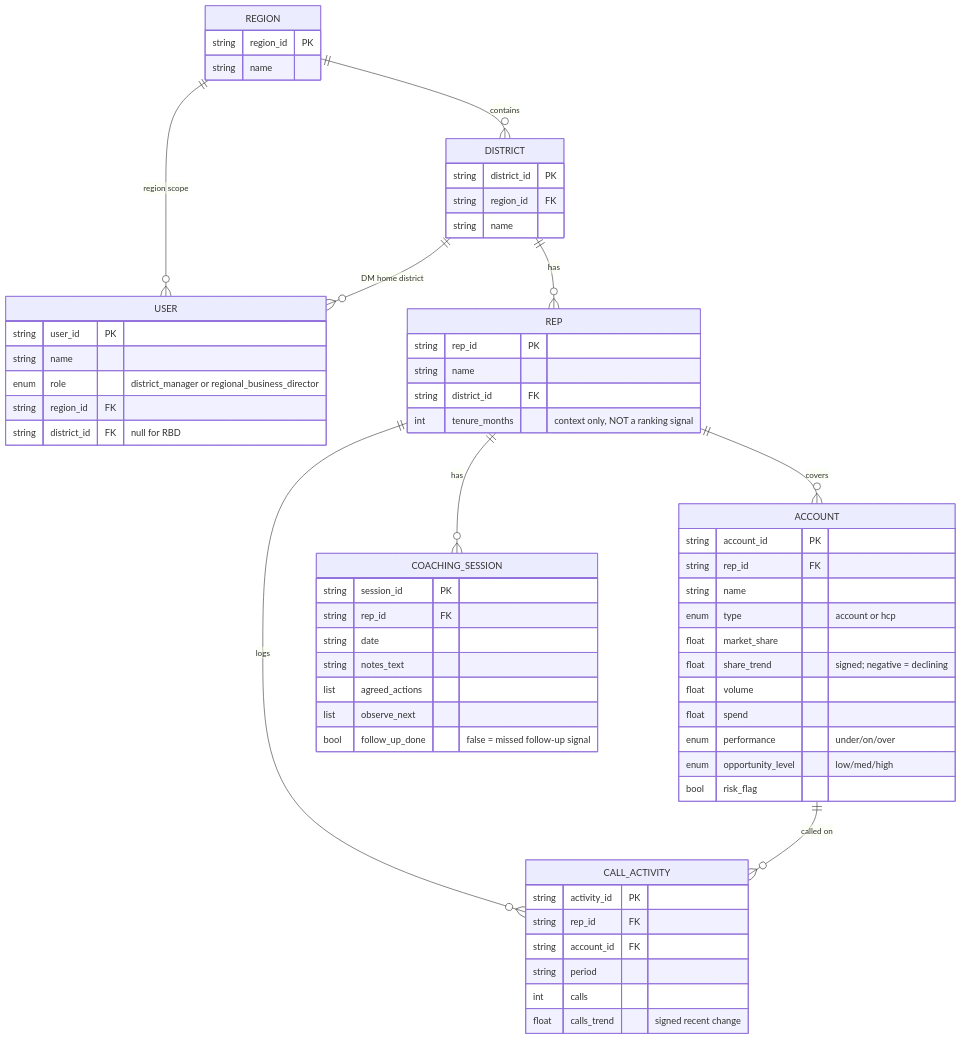
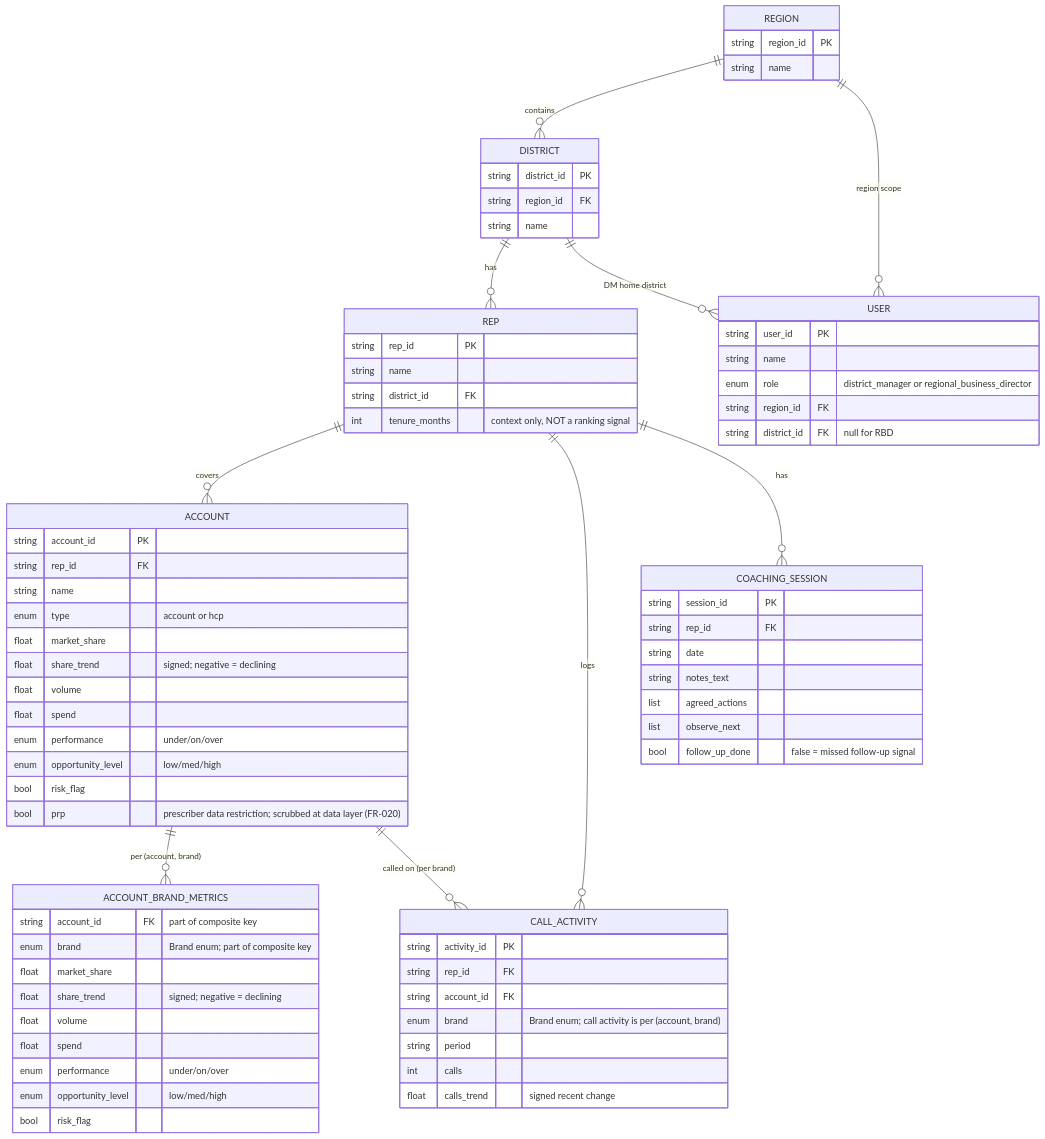
One commit to sunilpradhansharma/field-intelligence-coach-agent changed the second of 3 diagrams in docs/technical-architecture.md. Above: the diagram before and after it, drawn with Mermaid. The commit also changed other lines of this file and 14 other files, not shown here.

````diff
--- a/docs/technical-architecture.md
+++ b/docs/technical-architecture.md
@@ -169,64 +174,78 @@
 ```mermaid
 erDiagram
     REGION ||--o{ DISTRICT : contains
     REGION ||--o{ USER : "region scope"
     DISTRICT ||--o{ REP : has
     DISTRICT ||--o{ USER : "DM home district"
     REP ||--o{ ACCOUNT : covers
     REP ||--o{ CALL_ACTIVITY : logs
     REP ||--o{ COACHING_SESSION : has
-    ACCOUNT ||--o{ CALL_ACTIVITY : "called on"
+    ACCOUNT ||--o{ ACCOUNT_BRAND_METRICS : "per (account, brand)"
+    ACCOUNT ||--o{ CALL_ACTIVITY : "called on (per brand)"
 
     REGION {
         string region_id PK
         string name
     }
     DISTRICT {
         string district_id PK
         string region_id FK
         string name
     }
     USER {
         string user_id PK
         string name
         enum   role "district_manager or regional_business_director"
         string region_id FK
         string district_id FK "null for RBD"
     }
     REP {
         string rep_id PK
         string name
         string district_id FK
         int    tenure_months "context only, NOT a ranking signal"
     }
     ACCOUNT {
         string account_id PK
         string rep_id FK
         string name
         enum   type "account or hcp"
         float  market_share
         float  share_trend "signed; negative = declining"
         float  volume
         float  spend
         enum   performance "under/on/over"
         enum   opportunity_level "low/med/high"
         bool   risk_flag
+        bool   prp "prescriber data restriction; scrubbed at data layer (FR-020)"
+    }
+    ACCOUNT_BRAND_METRICS {
+        string account_id FK "part of composite key"
+        enum   brand "Brand enum; part of composite key"
+        float  market_share
+        float  share_trend "signed; negative = declining"
+        float  volume
+        float  spend
+        enum   performance "under/on/over"
+        enum   opportunity_level "low/med/high"
+        bool   risk_flag
     }
     CALL_ACTIVITY {
         string activity_id PK
         string rep_id FK
         string account_id FK
+        enum   brand "Brand enum; call activity is per (account, brand)"
         string period
         int    calls
         float  calls_trend "signed recent change"
     }
     COACHING_SESSION {
         string session_id PK
         string rep_id FK
         string date
         string notes_text
         list   agreed_actions
         list   observe_next
         bool   follow_up_done "false = missed follow-up signal"
     }
 ```
````
